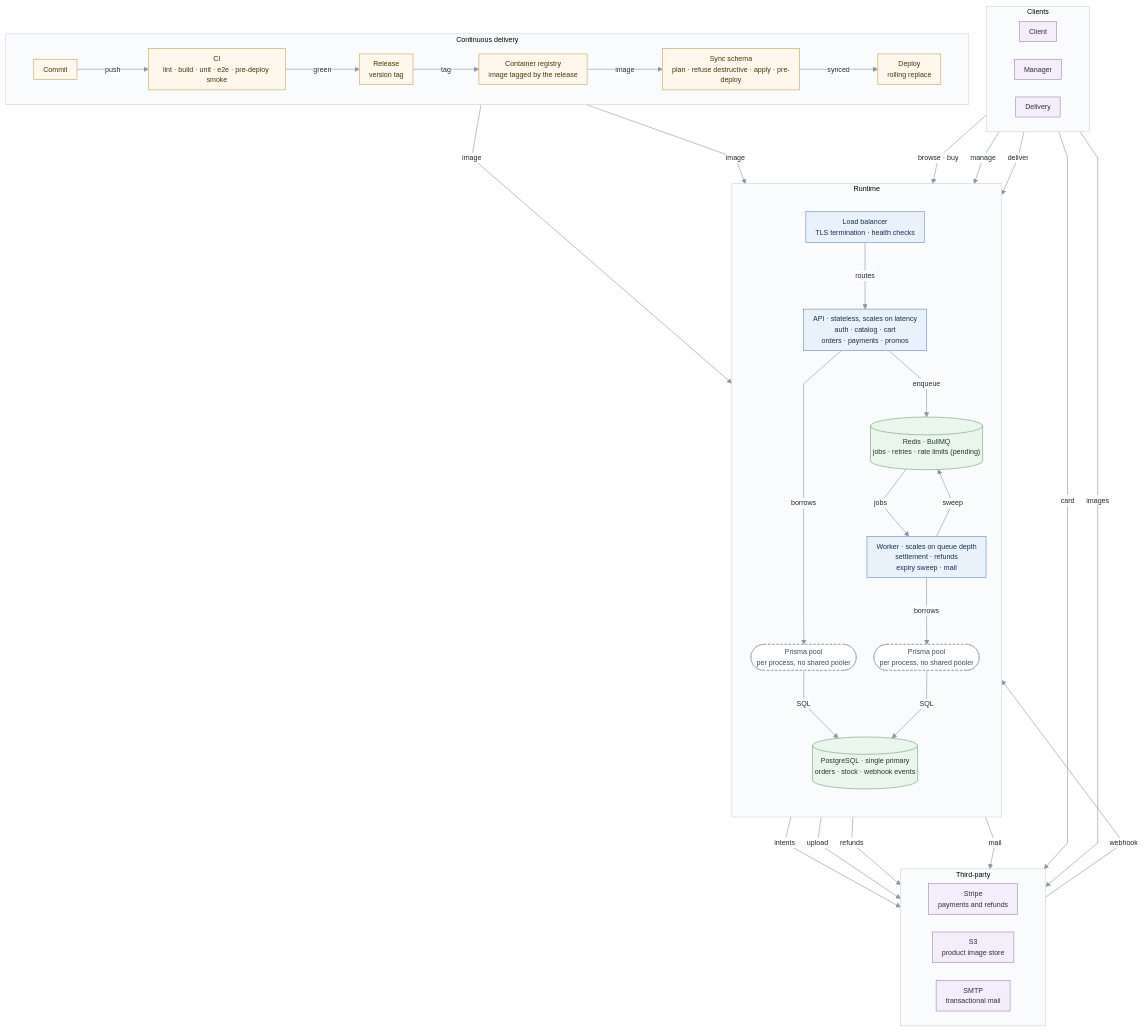
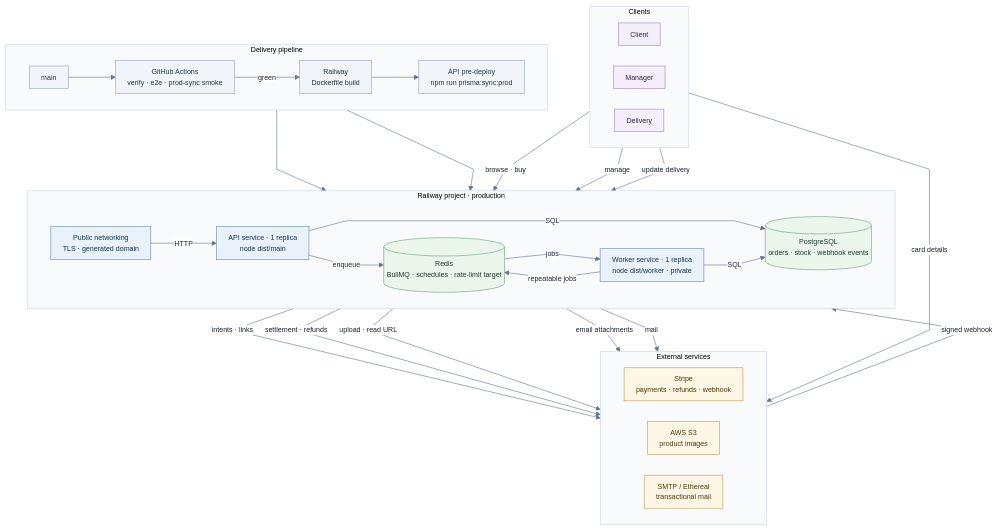
The diagram in docs/ARQUITECTURA.md (fabianespinoza-ravn/tshirt-store-api), drawn with Mermaid before and after one commit. The commit also changed other lines of this file and 34 other files, not shown here.

First line of the commit message:
fix(swagger): use runtime origin and refresh deploy docs (#52)

````diff
--- a/docs/ARQUITECTURA.md
+++ b/docs/ARQUITECTURA.md
@@ -3,70 +3,64 @@
 ```mermaid
-%%{init: {"theme":"base","themeVariables":{"fontFamily":"Segoe UI, Helvetica, Arial, sans-serif","fontSize":"12px","lineColor":"#8a97a4","primaryColor":"#eef2f6","primaryTextColor":"#1f2933","primaryBorderColor":"#9aa7b4","clusterBkg":"#fafbfc","clusterBorder":"#ccd4dc","edgeLabelBackground":"#ffffff"},"flowchart":{"curve":"linear","nodeSpacing":30,"rankSpacing":70,"padding":8}}}%%
+%%{init: {"theme":"base","themeVariables":{"fontFamily":"Segoe UI, Helvetica, Arial, sans-serif","fontSize":"12px","lineColor":"#64748b","primaryColor":"#eff6ff","primaryTextColor":"#172033","primaryBorderColor":"#6b8db8","clusterBkg":"#f8fafc","clusterBorder":"#cbd5e1","edgeLabelBackground":"#ffffff"},"flowchart":{"curve":"linear","nodeSpacing":35,"rankSpacing":55,"padding":10}}}%%
 flowchart TB
-  subgraph USR["Clients"]
+  subgraph USERS["Clients"]
     direction LR
-    CL["Client"]
-    MG["Manager"]
-    DL["Delivery"]
+    CLIENT["Client"]
+    MANAGER["Manager"]
+    DELIVERY["Delivery"]
   end
 
-  subgraph RT["Runtime"]
-    direction TB
-    LB["Load balancer<br/>TLS termination · health checks"]
-    API["API · stateless, scales on latency<br/>auth · catalog · cart<br/>orders · payments · promos"]
-    AP(["Prisma pool<br/>per process, no shared pooler"])
-    RD[("Redis · BullMQ<br/>jobs · retries · rate limits (pending)")]
-    WK["Worker · scales on queue depth<br/>settlement · refunds<br/>expiry sweep · mail"]
-    WP(["Prisma pool<br/>per process, no shared pooler"])
-    PG[("PostgreSQL · single primary<br/>orders · stock · webhook events")]
+  subgraph RAILWAY["Railway project · production"]
+    direction LR
+    EDGE["Public networking<br/>TLS · generated domain"]
+    API["API service · 1 replica<br/>node dist/main"]
+    REDIS[("Redis<br/>BullMQ · schedules · rate-limit target")]
+    WORKER["Worker service · 1 replica<br/>node dist/worker · private"]
+    POSTGRES[("PostgreSQL<br/>orders · stock · webhook events")]
 
-    LB -->|"routes"| API
-    API -->|"borrows"| AP
-    API -->|"enqueue"| RD
-    RD -->|"jobs"| WK
-    WK -->|"sweep"| RD
-    WK -->|"borrows"| WP
-    AP -->|"SQL"| PG
-    WP -->|"SQL"| PG
+    EDGE -->|HTTP| API
+    API -->|SQL| POSTGRES
+    WORKER -->|SQL| POSTGRES
+    API -->|enqueue| REDIS
+    REDIS -->|jobs| WORKER
+    WORKER -->|repeatable jobs| REDIS
   end
 
-  subgraph EXT["Third-party"]
+  subgraph EXTERNAL["External services"]
     direction LR
-    ST["Stripe<br/>payments and refunds"]
-    S3["S3<br/>product image store"]
-    MAIL["SMTP<br/>transactional mail"]
+    STRIPE["Stripe<br/>payments · refunds · webhook"]
+    S3["AWS S3<br/>product images"]
+    SMTP["SMTP / Ethereal<br/>transactional mail"]
   end
 
-  subgraph CD["Continuous delivery"]
+  subgraph DELIVERY_PIPELINE["Delivery pipeline"]
     direction LR
-    C["Commit"] -->|"push"| CI["CI<br/>lint · build · unit · e2e · pre-deploy smoke"]
-    CI -->|"green"| REL["Release<br/>version tag"]
-    REL -->|"tag"| REG["Container registry<br/>image tagged by the release"]
-    REG -->|"image"| MIG["Sync schema<br/>plan · refuse destructive · apply · pre-deploy"]
-    MIG -->|"synced"| DEP["Deploy<br/>rolling replace"]
+    COMMIT["main"] --> ACTIONS["GitHub Actions<br/>verify · e2e · prod-sync smoke"]
+    ACTIONS -->|green| BUILD["Railway<br/>Dockerfile build"]
+    BUILD --> PREDEPLOY["API pre-deploy<br/>npm run prisma:sync:prod"]
+    PREDEPLOY --> API
+    BUILD --> WORKER
   end
 
-  CL -->|"browse · buy"| LB
-  MG -->|"manage"| LB
-  DL -->|"deliver"| LB
-  CL -->|"card"| ST
-  CL -->|"images"| S3
-  ST -->|"webhook"| LB
-  API -->|"intents"| ST
-  API -->|"upload"| S3
-  WK -->|"refunds"| ST
-  WK -->|"mail"| MAIL
-  DEP -->|"image"| API
-  DEP -->|"image"| WK
+  CLIENT -->|browse · buy| EDGE
+  MANAGER -->|manage| EDGE
+  DELIVERY -->|update delivery| EDGE
+  CLIENT -->|card details| STRIPE
+  STRIPE -->|signed webhook| EDGE
+  API -->|intents · links| STRIPE
+  WORKER -->|settlement · refunds| STRIPE
+  API -->|upload · read URL| S3
+  WORKER -->|email attachments| S3
+  WORKER -->|mail| SMTP
 
-  classDef pipe fill:#fdf7ec,stroke:#c9a35c,color:#4a3708
-  classDef proc fill:#e9f1fb,stroke:#6389bb,color:#16324f
-  classDef pool fill:#ffffff,stroke:#9aa7b4,stroke-dasharray:4 3,color:#3d4a57
+  classDef actor fill:#f4eefa,stroke:#9d86b9,color:#372a45
+  classDef process fill:#e9f1fb,stroke:#6389bb,color:#16324f
   classDef store fill:#eaf5ec,stroke:#6fa17d,color:#1f3d29
-  classDef ext fill:#f4eefa,stroke:#9d86b9,color:#372a45
-  class C,CI,REL,REG,MIG,DEP pipe
-  class LB,API,WK proc
-  class AP,WP pool
-  class PG,RD store
-  class CL,MG,DL,ST,S3,MAIL ext
+  classDef external fill:#fff7e6,stroke:#c49a4a,color:#4a3708
+  classDef pipeline fill:#f1f5f9,stroke:#94a3b8,color:#263445
+  class CLIENT,MANAGER,DELIVERY actor
+  class EDGE,API,WORKER process
+  class REDIS,POSTGRES store
+  class STRIPE,S3,SMTP external
+  class COMMIT,ACTIONS,BUILD,PREDEPLOY pipeline
 ```
````
